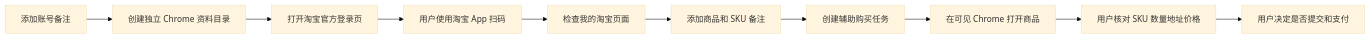
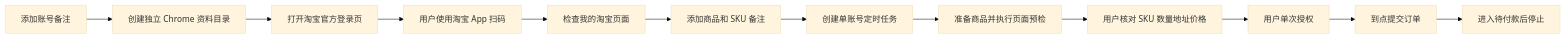
The diagram in README.md (SKTGAN/Taobao), drawn with Mermaid (base theme) before and after one commit. The commit also changed other lines of this file and 21 other files, not shown here.

````diff
--- a/README.md
+++ b/README.md
@@ -35,12 +39,14 @@
 ```mermaid
 flowchart LR
     A[添加账号备注] --> B[创建独立 Chrome 资料目录]
     B --> C[打开淘宝官方登录页]
     C --> D[用户使用淘宝 App 扫码]
     D --> E[检查我的淘宝页面]
     E --> F[添加商品和 SKU 备注]
-    F --> G[创建辅助购买任务]
-    G --> H[在可见 Chrome 打开商品]
+    F --> G[创建单账号定时任务]
+    G --> H[准备商品并执行页面预检]
     H --> I[用户核对 SKU 数量地址价格]
-    I --> J[用户决定是否提交和支付]
+    I --> J[用户单次授权]
+    J --> K[到点提交订单]
+    K --> L[进入待付款后停止]
 ```
````
